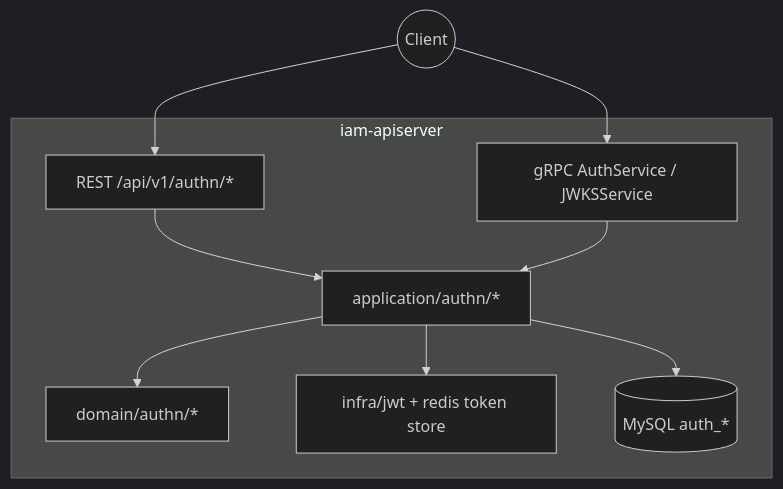
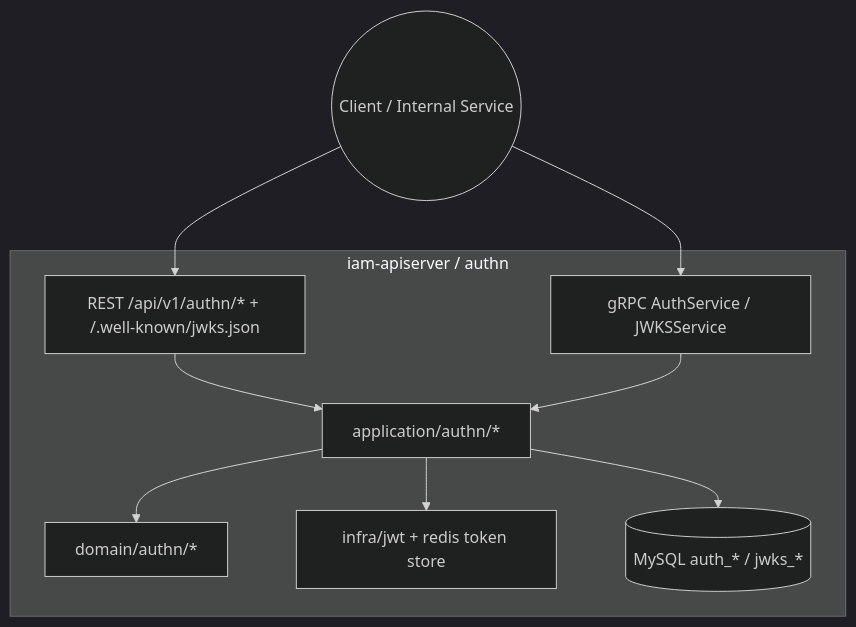
The first of 4 diagrams in docs/02-业务域/01-authn-认证、Token、JWKS.md (FangcunMount/iam-contracts), drawn with Mermaid (dark theme) before and after one commit. The commit also changed other lines of this file and 24 other files, not shown here.

````diff
--- a/docs/02-业务域/01-authn-认证、Token、JWKS.md
+++ b/docs/02-业务域/01-authn-认证、Token、JWKS.md
@@ -41,18 +53,18 @@
 ```mermaid
 flowchart TB
-  subgraph iam["iam-apiserver"]
-    REST["REST /api/v1/authn/*"]
+  subgraph iam["iam-apiserver / authn"]
+    REST["REST /api/v1/authn/* + /.well-known/jwks.json"]
     GRPC["gRPC AuthService / JWKSService"]
     APP["application/authn/*"]
     DOM["domain/authn/*"]
     JWT["infra/jwt + redis token store"]
-    DB[("MySQL auth_*")]
+    DB[("MySQL auth_* / jwks_*")]
   end
-  C((Client)) --> REST
+  C((Client / Internal Service)) --> REST
   C --> GRPC
   REST --> APP
   GRPC --> APP
   APP --> DOM
   APP --> JWT
   APP --> DB
 ```
````
